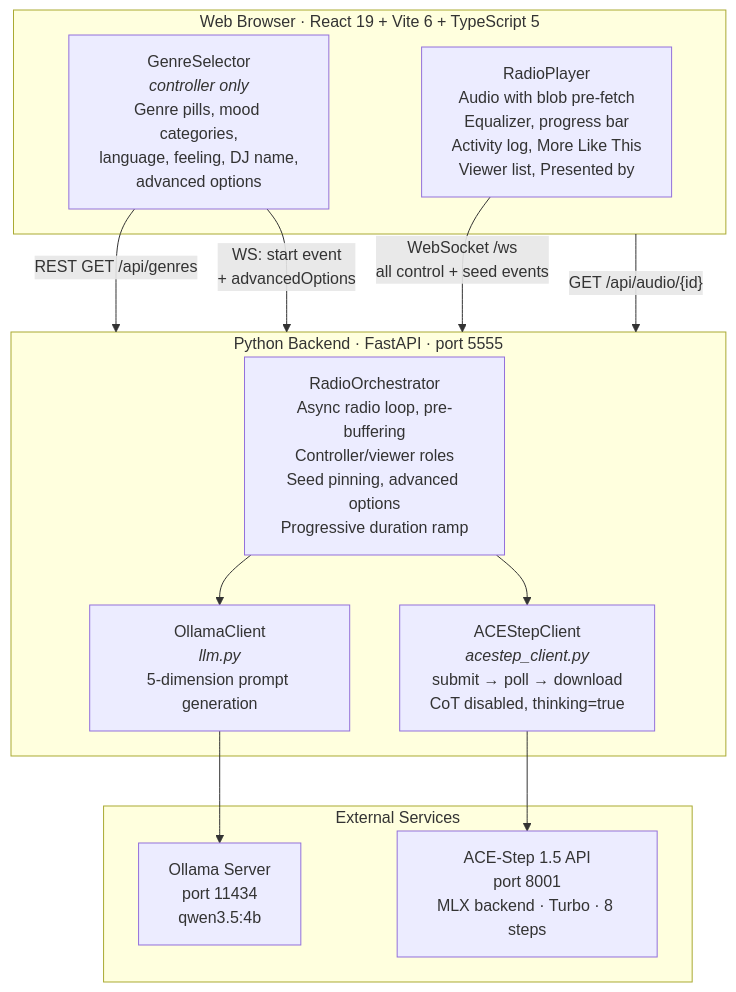
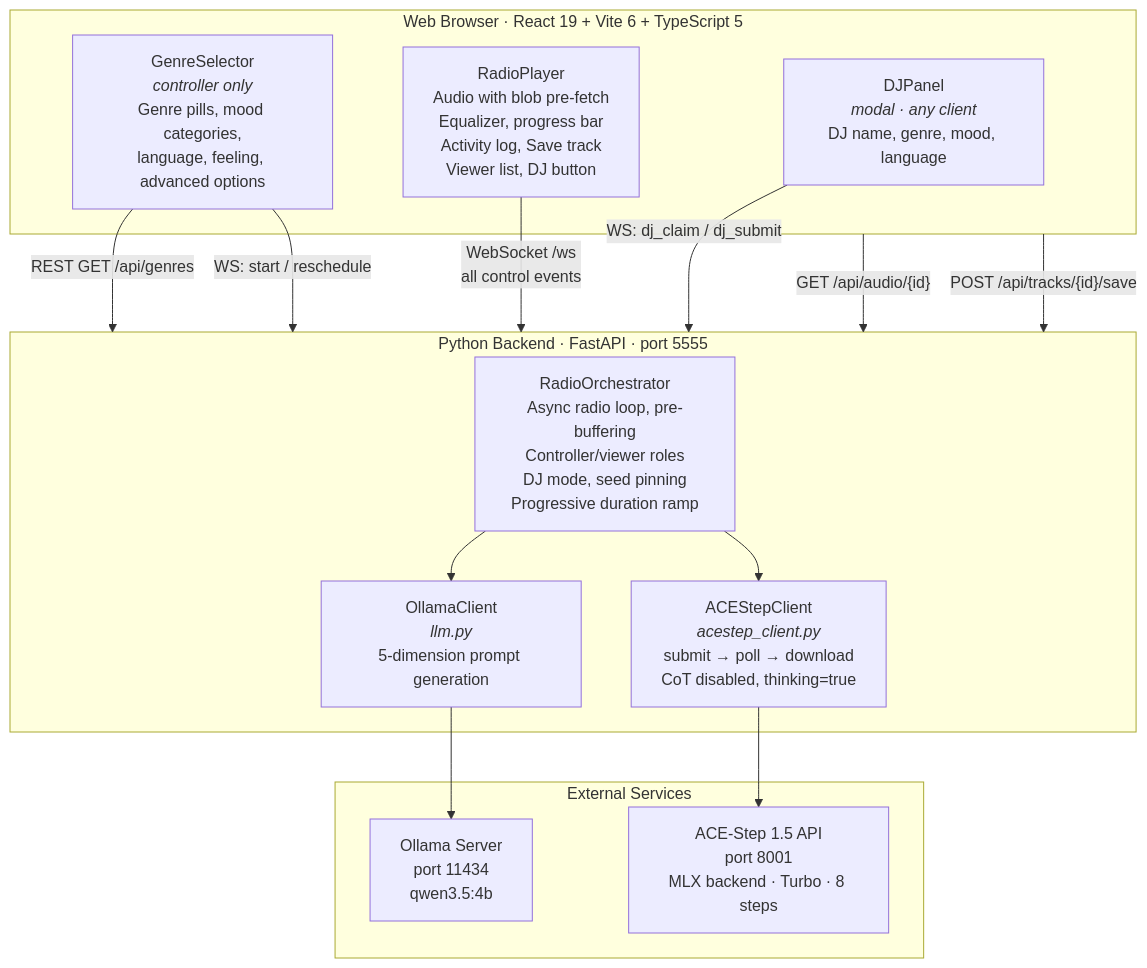
One commit to scramblerlab/generative-radio changed the first of 2 diagrams in BUILD_SPEC.md. Above: the diagram before and after it, drawn with Mermaid. The commit also changed other lines of this file and 2 other files, not shown here.

````diff
--- a/BUILD_SPEC.md
+++ b/BUILD_SPEC.md
@@ -64,27 +65,30 @@
 ```mermaid
 graph TD
     subgraph Browser["Web Browser · React 19 + Vite 6 + TypeScript 5"]
-        GS["GenreSelector<br/><i>controller only</i><br/>Genre pills, mood categories,<br/>language, feeling, DJ name,<br/>advanced options"]
-        RP["RadioPlayer<br/>Audio with blob pre-fetch<br/>Equalizer, progress bar<br/>Activity log, More Like This<br/>Viewer list, Presented by"]
+        GS["GenreSelector<br/><i>controller only</i><br/>Genre pills, mood categories,<br/>language, feeling, advanced options"]
+        RP["RadioPlayer<br/>Audio with blob pre-fetch<br/>Equalizer, progress bar<br/>Activity log, Save track<br/>Viewer list, DJ button"]
+        DJ["DJPanel<br/><i>modal · any client</i><br/>DJ name, genre, mood, language"]
     end
 
     subgraph Backend["Python Backend · FastAPI · port 5555"]
-        RO["RadioOrchestrator<br/>Async radio loop, pre-buffering<br/>Controller/viewer roles<br/>Seed pinning, advanced options<br/>Progressive duration ramp"]
+        RO["RadioOrchestrator<br/>Async radio loop, pre-buffering<br/>Controller/viewer roles<br/>DJ mode, seed pinning<br/>Progressive duration ramp"]
         OC["OllamaClient<br/><i>llm.py</i><br/>5-dimension prompt generation"]
         AC["ACEStepClient<br/><i>acestep_client.py</i><br/>submit → poll → download<br/>CoT disabled, thinking=true"]
         RO --> OC
         RO --> AC
     end
 
     subgraph External["External Services"]
         Ollama["Ollama Server<br/>port 11434<br/>qwen3.5:4b"]
         ACEStep["ACE-Step 1.5 API<br/>port 8001<br/>MLX backend · Turbo · 8 steps"]
     end
 
     GS -- "REST GET /api/genres" --> Backend
-    RP -- "WebSocket /ws<br/>all control + seed events" --> Backend
-    GS -- "WS: start event<br/>+ advancedOptions" --> Backend
+    RP -- "WebSocket /ws<br/>all control events" --> Backend
+    GS -- "WS: start / reschedule" --> Backend
+    DJ -- "WS: dj_claim / dj_submit" --> Backend
     Browser -- "GET /api/audio/{id}" --> Backend
+    Browser -- "POST /api/tracks/{id}/save" --> Backend
     OC --> Ollama
     AC --> ACEStep
 ```
````
